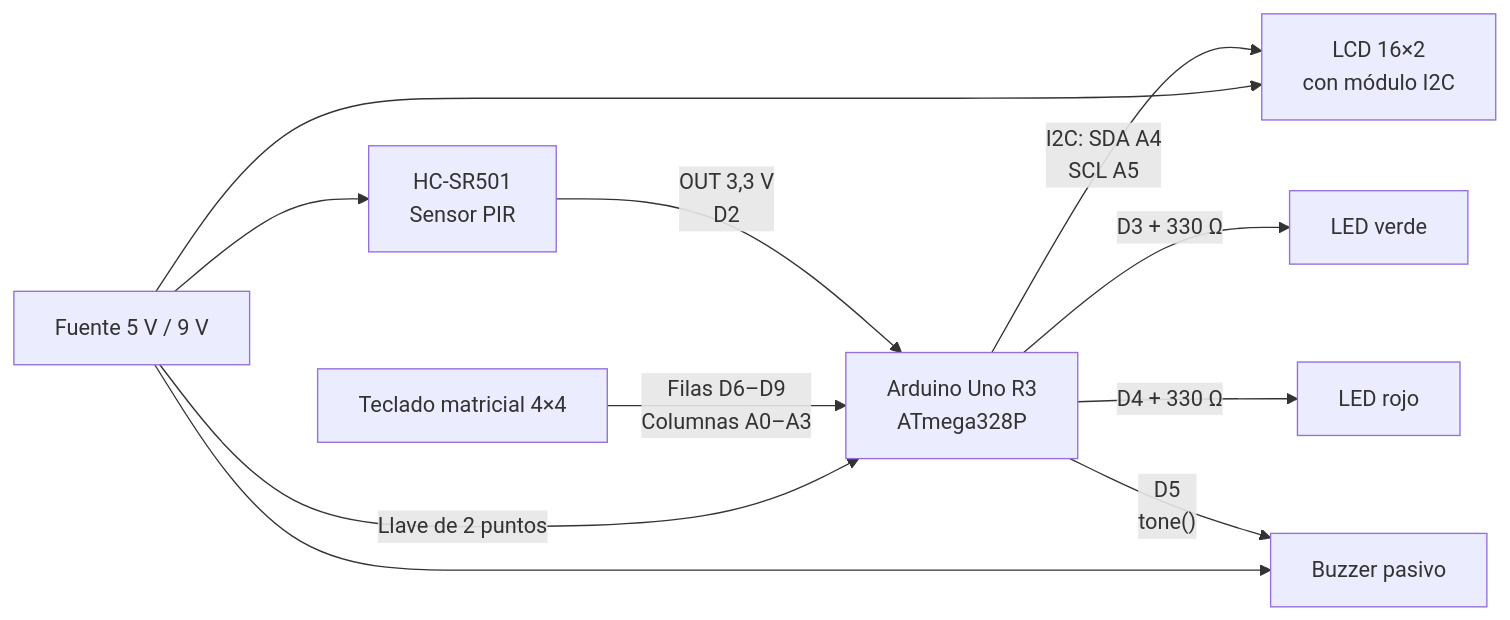
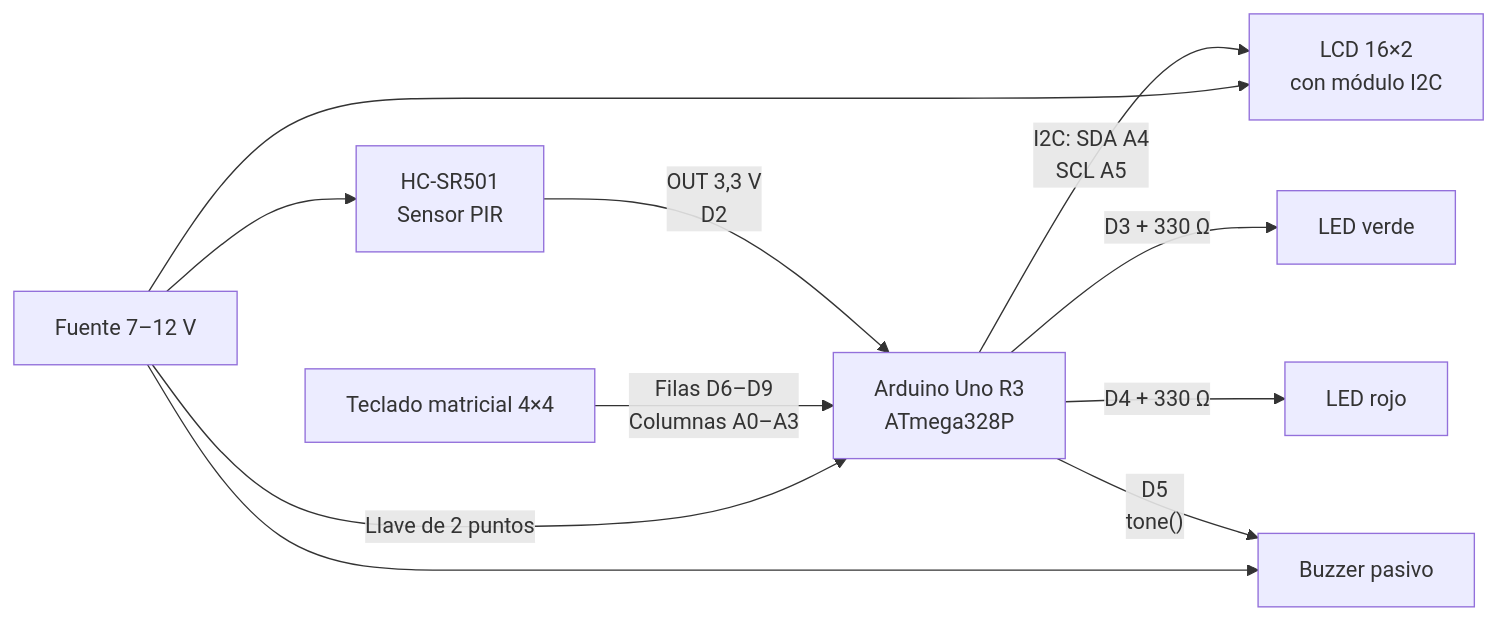
One commit to alitomaier2010-netizen/Sistemas_Digitales changed the first of 3 diagrams in Manuales/MANUAL_DEL_PROGRAMADOR.md. Above: the diagram before and after it, drawn with Mermaid. The commit also changed other lines of this file and 3 other files, not shown here.

````diff
--- a/Manuales/MANUAL_DEL_PROGRAMADOR.md
+++ b/Manuales/MANUAL_DEL_PROGRAMADOR.md
@@ -259,13 +261,13 @@
 ```mermaid
 flowchart LR
     PIR["HC-SR501<br/>Sensor PIR"] -->|"OUT 3,3 V<br/>D2"| ARD["Arduino Uno R3<br/>ATmega328P"]
     TEC["Teclado matricial 4×4"] -->|"Filas D6–D9<br/>Columnas A0–A3"| ARD
     ARD -->|"I2C: SDA A4<br/>SCL A5"| LCD["LCD 16×2<br/>con módulo I2C"]
     ARD -->|"D3 + 330 Ω"| LV["LED verde"]
     ARD -->|"D4 + 330 Ω"| LR["LED rojo"]
     ARD -->|"D5<br/>tone()"| BZ["Buzzer pasivo"]
-    FU["Fuente 5 V / 9 V"] -->|"Llave de 2 puntos"| ARD
+    FU["Fuente 7–12 V"] -->|"Llave de 2 puntos"| ARD
     FU --> PIR
     FU --> LCD
     FU --> BZ
 ```
````
